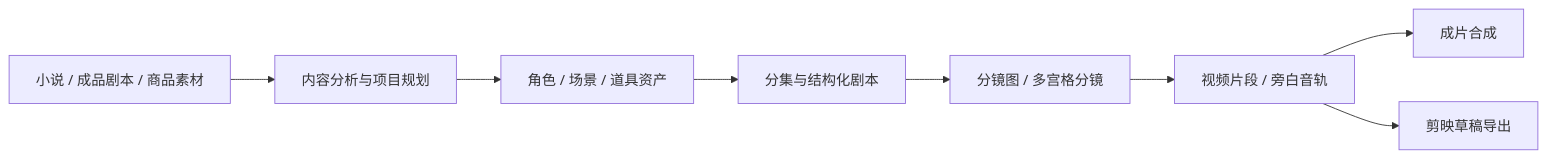
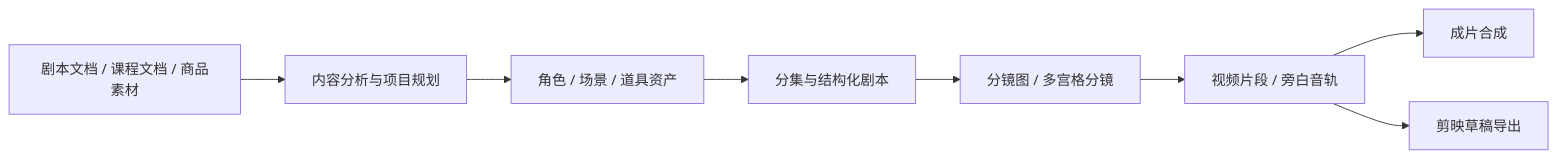
One commit to fyr91/ArcReel changed the diagram in README.md. Above: the diagram before and after it, drawn with Mermaid. The commit also changed other lines of this file and 94 other files, not shown here.

````diff
--- a/README.md
+++ b/README.md
@@ -55,10 +55,10 @@
 ```mermaid
 flowchart LR
-    A["小说 / 成品剧本 / 商品素材"] --> B["内容分析与项目规划"]
+    A["剧本文档 / 课程文档 / 商品素材"] --> B["内容分析与项目规划"]
     B --> C["角色 / 场景 / 道具资产"]
     C --> D["分集与结构化剧本"]
     D --> E["分镜图 / 多宫格分镜"]
     E --> F["视频片段 / 旁白音轨"]
     F --> G["成片合成"]
     F --> H["剪映草稿导出"]
 ```
````
